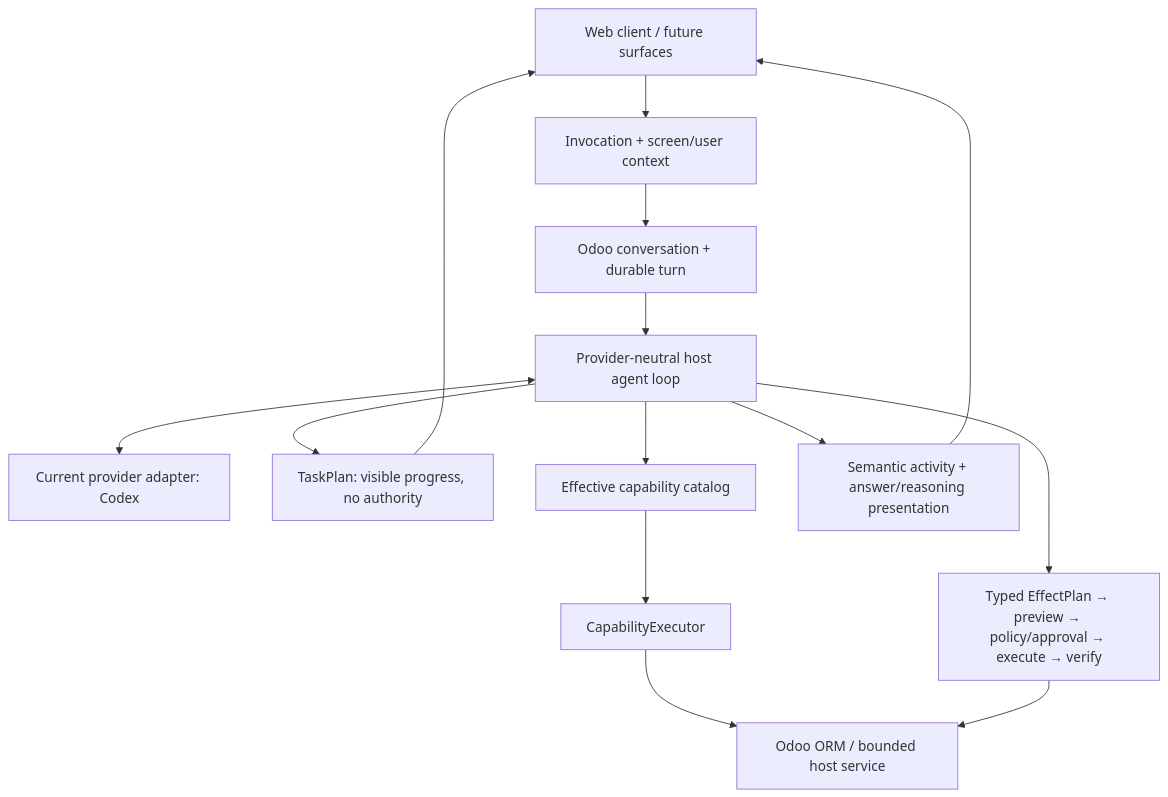
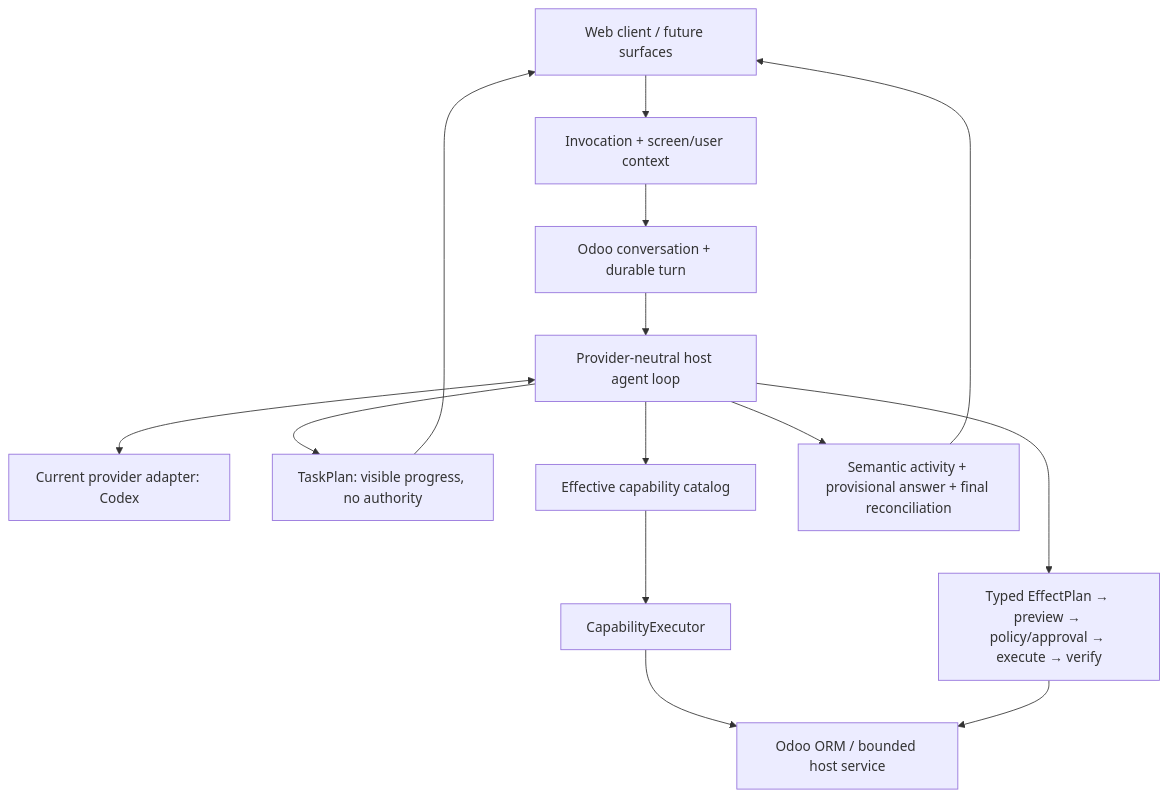
The diagram in docs/README.md (CPX-001/ai-odoo-assistant), drawn with Mermaid before and after one commit. The commit also changed other lines of this file, not shown here.

````diff
--- a/docs/README.md
+++ b/docs/README.md
@@ -32,16 +34,16 @@
 ```mermaid
 flowchart TB
     UI[Web client / future surfaces] --> INV[Invocation + screen/user context]
     INV --> TURN[Odoo conversation + durable turn]
     TURN --> HOST[Provider-neutral host agent loop]
     HOST <--> MODEL[Current provider adapter: Codex]
     HOST --> TASK[TaskPlan: visible progress, no authority]
     HOST --> CAT[Effective capability catalog]
     CAT --> EXEC[CapabilityExecutor]
     EXEC --> ORM[Odoo ORM / bounded host service]
     HOST --> EFFECT[Typed EffectPlan → preview → policy/approval → execute → verify]
     EFFECT --> ORM
-    HOST --> LIVE[Semantic activity + answer/reasoning presentation]
+    HOST --> LIVE[Semantic activity + provisional answer + final reconciliation]
     TASK --> UI
     LIVE --> UI
 ```
````
